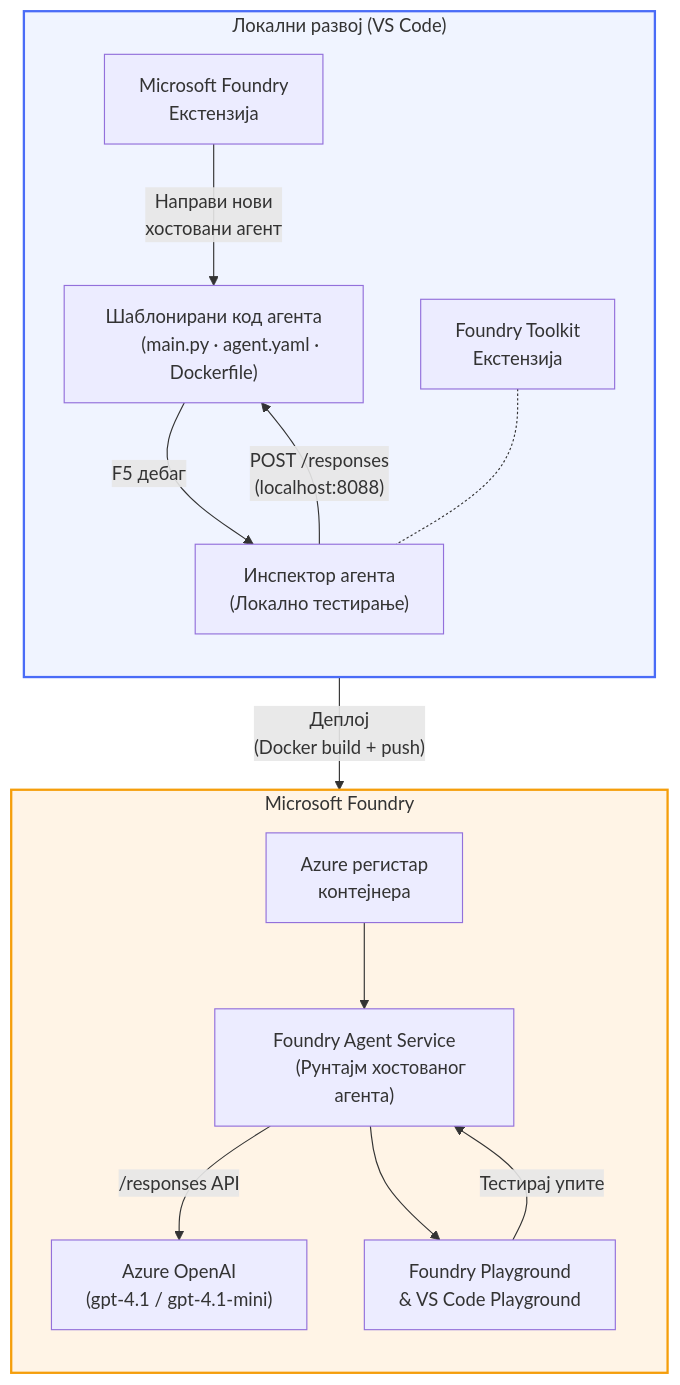
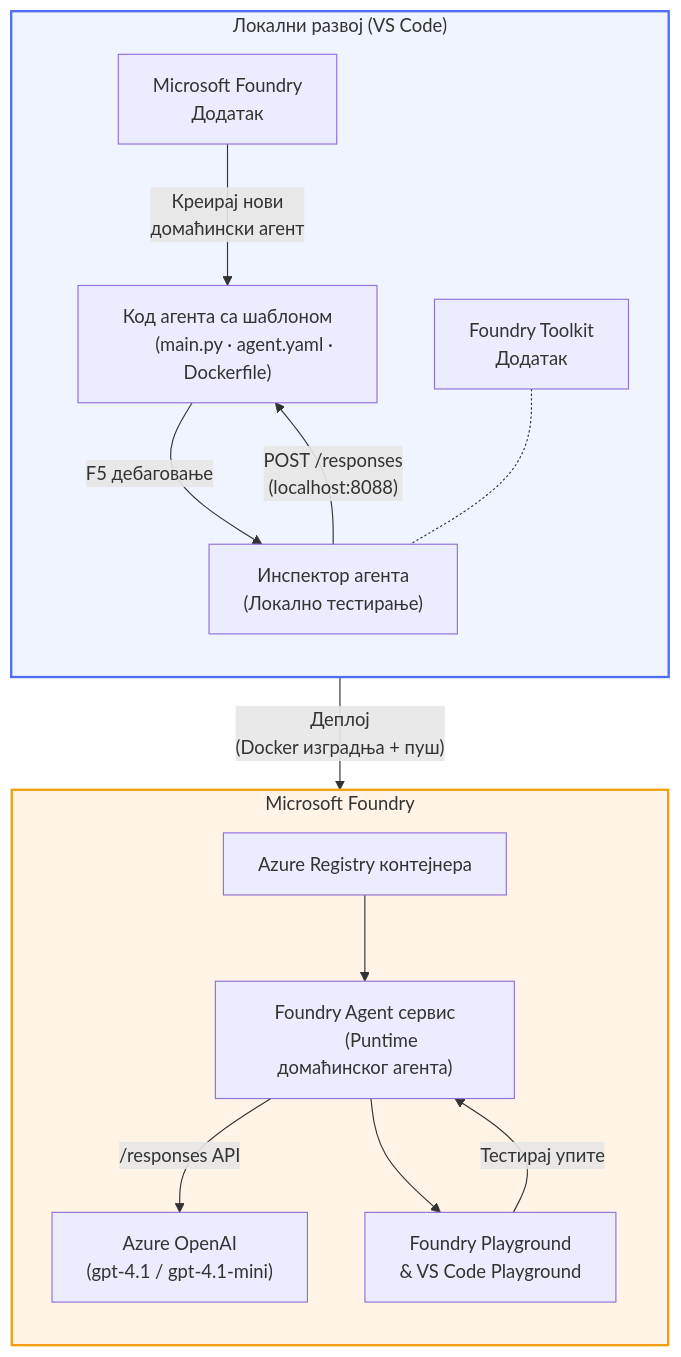
The diagram in translations/sr/README.md (microsoft-foundry/Foundry_Toolkit_for_VSCode_Lab), drawn with Mermaid before and after one commit. The commit also changed other lines of this file and 110 other files, not shown here.

````diff
--- a/translations/sr/README.md
+++ b/translations/sr/README.md
@@ -48,42 +52,41 @@
 ```mermaid
 flowchart TB
     subgraph Local["Локални развој (VS Code)"]
         direction TB
         FE["Microsoft Foundry
-        Екстензија"]
+        Додатак"]
         FoundryToolkit["Foundry Toolkit
-        Екстензија"]
-        Scaffold["Шаблонирани код агента
+        Додатак"]
+        Scaffold["Код агента са шаблоном
         (main.py · agent.yaml · Dockerfile)"]
         Inspector["Инспектор агента
         (Локално тестирање)"]
-        FE -- "Направи нови
-        хостовани агент" --> Scaffold
-        Scaffold -- "F5 дебаг" --> Inspector
+        FE -- "Креирај нови
+        домаћински агент" --> Scaffold
+        Scaffold -- "F5 дебаговање" --> Inspector
         FoundryToolkit -.- Inspector
     end
 
     subgraph Cloud["Microsoft Foundry"]
         direction TB
-        ACR["Azure регистар
-        контејнера"]
-        AgentService["Foundry Agent Service
-        (Рунтајм хостованог агента)"]
+        ACR["Azure Registry контејнера"]
+        AgentService["Foundry Agent сервис
+        (Рuntime домаћинског агента)"]
         Model["Azure OpenAI
         (gpt-4.1 / gpt-4.1-mini)"]
         Playground["Foundry Playground
         & VS Code Playground"]
         ACR --> AgentService
         AgentService -- "/responses API" --> Model
         AgentService --> Playground
     end
 
     Scaffold -- "Деплој
-    (Docker build + push)" --> ACR
+    (Docker изградња + пуш)" --> ACR
     Inspector -- "POST /responses
     (localhost:8088)" --> Scaffold
     Playground -- "Тестирај упите" --> AgentService
 
     style Local fill:#f0f4ff,stroke:#4a6cf7,stroke-width:2px
     style Cloud fill:#fff4e6,stroke:#f59e0b,stroke-width:2px
 ```
````
